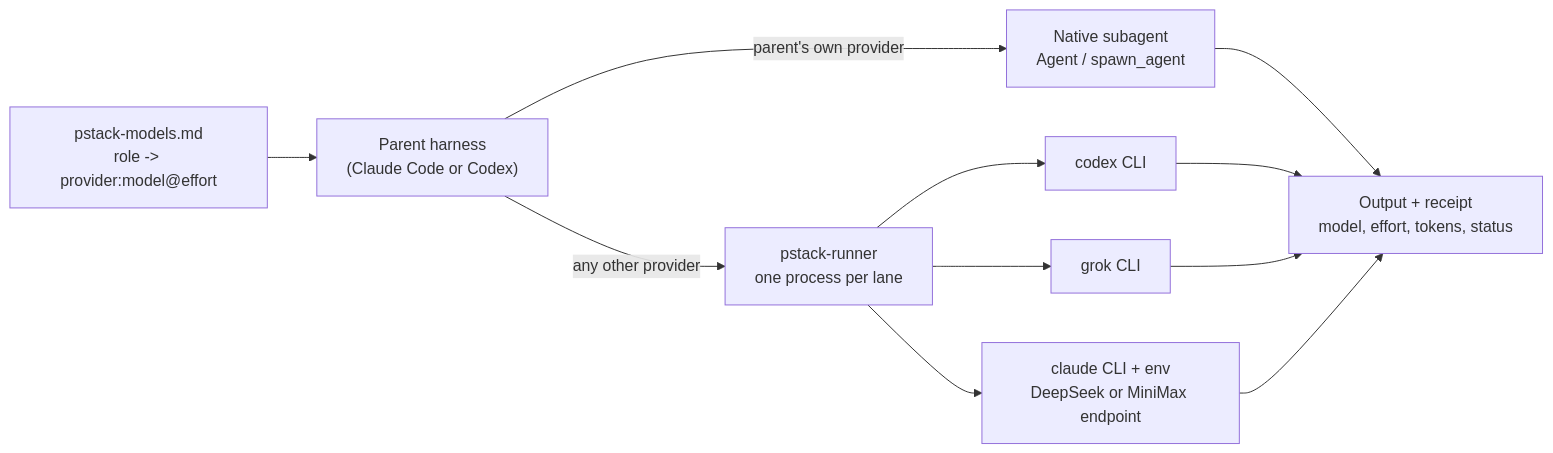
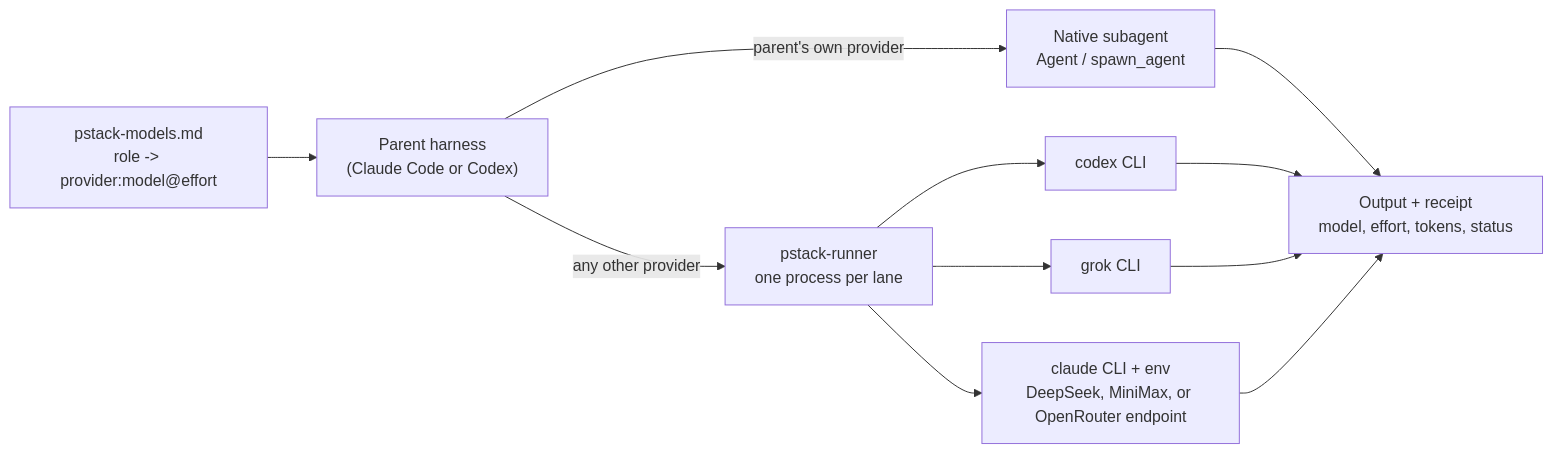
Before and after one commit to thisguymartin/pstack-flex: the diagram in README.md, drawn with Mermaid. The commit also changed other lines of this file and 6 other files, not shown here.

First line of the commit message:
docs: document OpenRouter lanes and the any-model plan

````diff
--- a/README.md
+++ b/README.md
@@ -57,13 +58,13 @@
 ```mermaid
 flowchart LR
     S["pstack-models.md<br/>role -> provider:model@effort"] --> P["Parent harness<br/>(Claude Code or Codex)"]
     P -->|"parent's own provider"| N["Native subagent<br/>Agent / spawn_agent"]
     P -->|"any other provider"| R["pstack-runner<br/>one process per lane"]
     R --> C1["codex CLI"]
     R --> C2["grok CLI"]
-    R --> C3["claude CLI + env<br/>DeepSeek or MiniMax endpoint"]
+    R --> C3["claude CLI + env<br/>DeepSeek, MiniMax, or OpenRouter endpoint"]
     N --> O["Output + receipt<br/>model, effort, tokens, status"]
     C1 --> O
     C2 --> O
     C3 --> O
 ```
````
